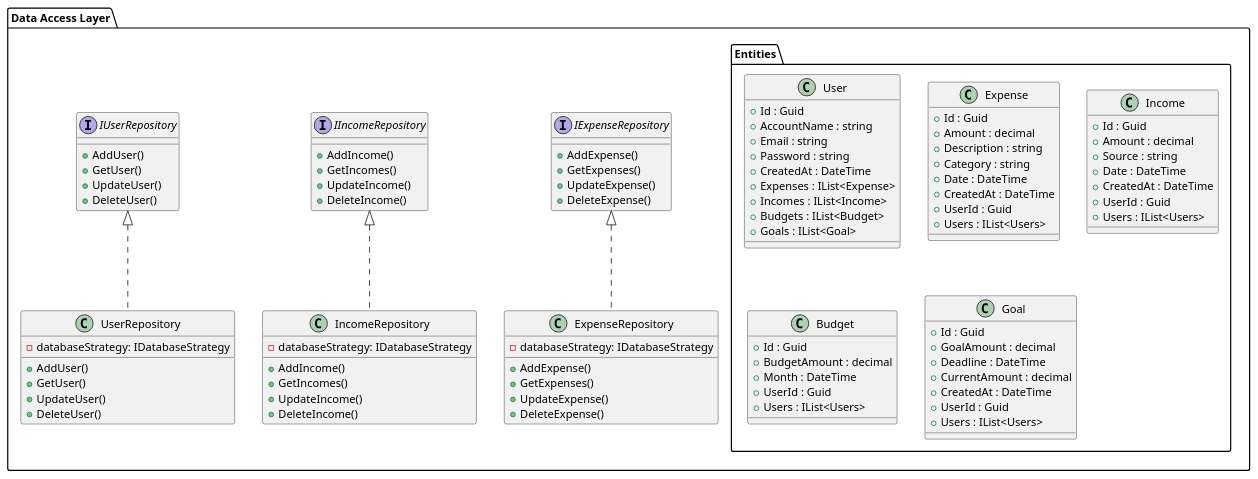
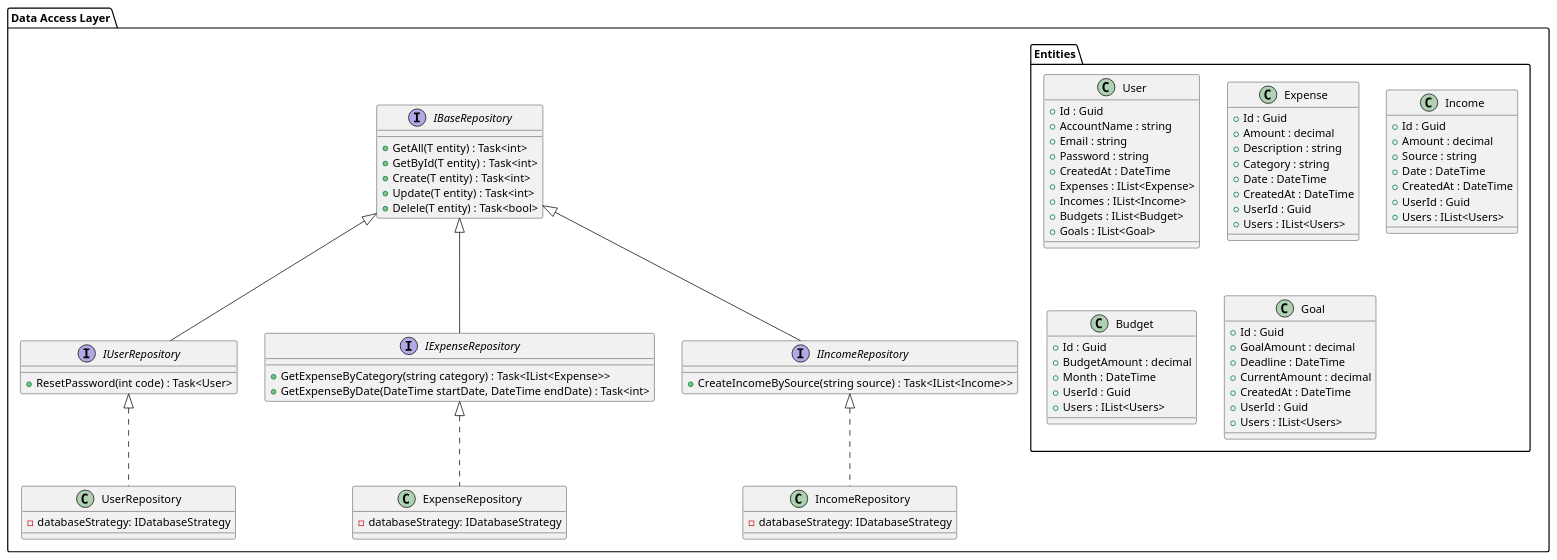
One commit to programacion-6/ExpenseTrackerGrupo2 changed the diagram in docs/uml/data-access.puml. Above: the diagram before and after it, drawn with PlantUML.

Commit message:
docs: add base repository; update contracts given the entity

```diff
--- a/docs/uml/data-access.puml
+++ b/docs/uml/data-access.puml
@@ -1,103 +1,91 @@
 @startuml Data Access
 
 package "Data Access Layer" {
-    interface IExpenseRepository {
-        + AddExpense()
-        + GetExpenses()
-        + UpdateExpense()
-        + DeleteExpense()
+    interface IBaseRepository {
+        + GetAll(T entity) : Task<int>
+        + GetById(T entity) : Task<int>
+        + Create(T entity) : Task<int>
+        + Update(T entity) : Task<int>
+        + Delele(T entity) : Task<bool>
     }
 
-    interface IIncomeRepository {
-        + AddIncome()
-        + GetIncomes()
-        + UpdateIncome()
-        + DeleteIncome()
+    interface IUserRepository implements IBaseRepository {
+        + ResetPassword(int code) : Task<User>
+    }
+    
+    interface IExpenseRepository implements IBaseRepository {
+        + GetExpenseByCategory(string category) : Task<IList<Expense>>
+        + GetExpenseByDate(DateTime startDate, DateTime endDate) : Task<int>
     }
 
-    interface IUserRepository {
-        + AddUser()
-        + GetUser()
-        + UpdateUser()
-        + DeleteUser()
+    interface IIncomeRepository implements IBaseRepository {
+        + CreateIncomeBySource(string source) : Task<IList<Income>>
+    }
+
+    class UserRepository implements IUserRepository {
+        - databaseStrategy: IDatabaseStrategy
     }
 
     class ExpenseRepository implements IExpenseRepository {
         - databaseStrategy: IDatabaseStrategy
-        + AddExpense()
-        + GetExpenses()
-        + UpdateExpense()
-        + DeleteExpense()
     }
 
     class IncomeRepository implements IIncomeRepository {
         - databaseStrategy: IDatabaseStrategy
-        + AddIncome()
-        + GetIncomes()
-        + UpdateIncome()
-        + DeleteIncome()
-    }
-
-    class UserRepository implements IUserRepository {
-        - databaseStrategy: IDatabaseStrategy
-        + AddUser()
-        + GetUser()
-        + UpdateUser()
-        + DeleteUser()
     }
 
     package "Entities" {
         class User {
             + Id : Guid
             + AccountName : string
             + Email : string
             + Password : string
             + CreatedAt : DateTime
             + Expenses : IList<Expense>
             + Incomes : IList<Income>
             + Budgets : IList<Budget>
             + Goals : IList<Goal>
         }
 
         class Expense {
             + Id : Guid
             + Amount : decimal
             + Description : string
             + Category : string
             + Date : DateTime
             + CreatedAt : DateTime
             + UserId : Guid
             + Users : IList<Users>
         }
 
         class Income {
             + Id : Guid
             + Amount : decimal
             + Source : string
             + Date : DateTime
             + CreatedAt : DateTime
             + UserId : Guid
             + Users : IList<Users>
         }
 
         class Budget {
             + Id : Guid
             + BudgetAmount : decimal
             + Month : DateTime
             + UserId : Guid
             + Users : IList<Users>
         }
 
         class Goal {
             + Id : Guid
             + GoalAmount : decimal
             + Deadline : DateTime
             + CurrentAmount : decimal
             + CreatedAt : DateTime
             + UserId : Guid
             + Users : IList<Users>
         }
     }
 }
 
 @enduml
```
